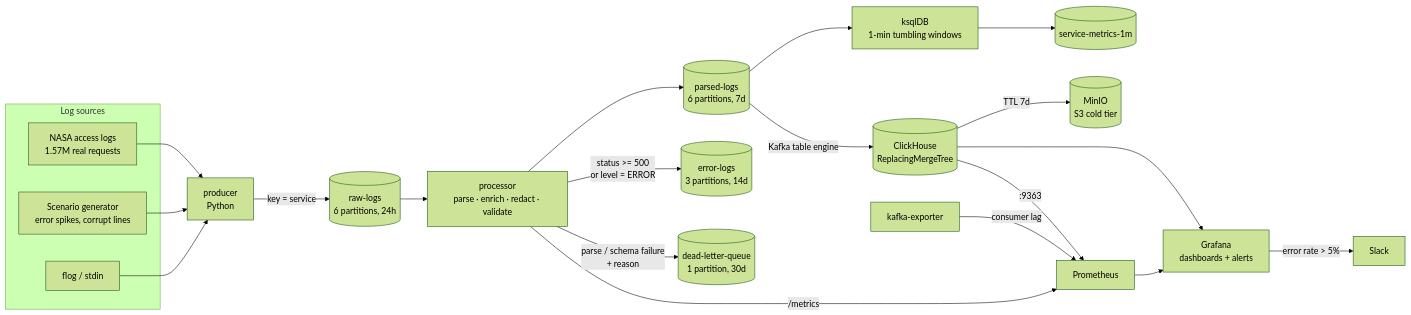
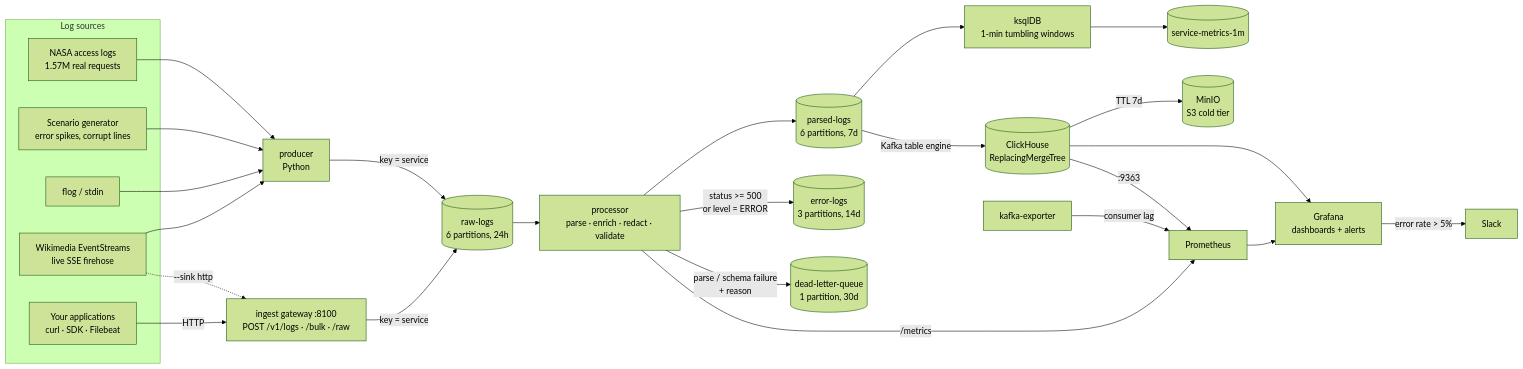
One commit to DhruvSharma-05/log-process-kafka changed the diagram in README.md. Above: the diagram before and after it, drawn with Mermaid (forest theme). The commit also changed other lines of this file and 13 other files, not shown here.

````diff
--- a/README.md
+++ b/README.md
@@ -25,41 +25,48 @@
 ```mermaid
 flowchart LR
     subgraph sources[Log sources]
         NASA[NASA access logs<br/>1.57M real requests]
         SCEN[Scenario generator<br/>error spikes, corrupt lines]
         FLOG[flog / stdin]
+        WIKI[Wikimedia EventStreams<br/>live SSE firehose]
+        APPS[Your applications<br/>curl · SDK · Filebeat]
     end
 
+    GATE[ingest gateway :8100<br/>POST /v1/logs · /bulk · /raw]
     PROD[producer<br/>Python]
     RAW[(raw-logs<br/>6 partitions, 24h)]
     PROC[processor<br/>parse · enrich · redact · validate]
     PARSED[(parsed-logs<br/>6 partitions, 7d)]
     ERR[(error-logs<br/>3 partitions, 14d)]
     DLQ[(dead-letter-queue<br/>1 partition, 30d)]
     KSQL[ksqlDB<br/>1-min tumbling windows]
     AGG[(service-metrics-1m)]
     CH[(ClickHouse<br/>ReplacingMergeTree)]
     MINIO[(MinIO<br/>S3 cold tier)]
     GRAF[Grafana<br/>dashboards + alerts]
     PROM[Prometheus]
     KEXP[kafka-exporter]
     SLACK[Slack]
 
     NASA --> PROD
     SCEN --> PROD
     FLOG --> PROD
+    APPS -->|HTTP| GATE
+    WIKI --> PROD
+    WIKI -.->|--sink http| GATE
+    GATE -->|key = service| RAW
     PROD -->|key = service| RAW
     RAW --> PROC
     PROC --> PARSED
     PROC -->|status >= 500<br/>or level = ERROR| ERR
     PROC -->|parse / schema failure<br/>+ reason| DLQ
     PARSED --> KSQL --> AGG
     PARSED -->|Kafka table engine| CH
     CH -->|TTL 7d| MINIO
     CH --> GRAF
     KEXP -->|consumer lag| PROM
     PROC -->|/metrics| PROM
     CH -->|:9363| PROM
     PROM --> GRAF
     GRAF -->|error rate > 5%| SLACK
 ```
````
